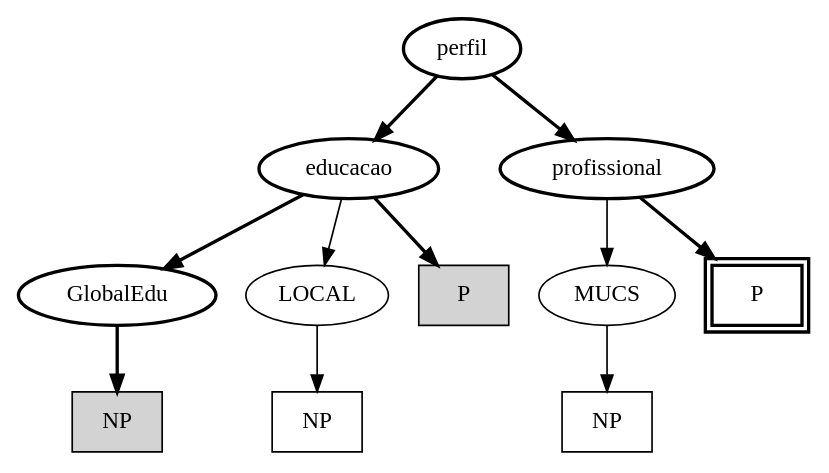
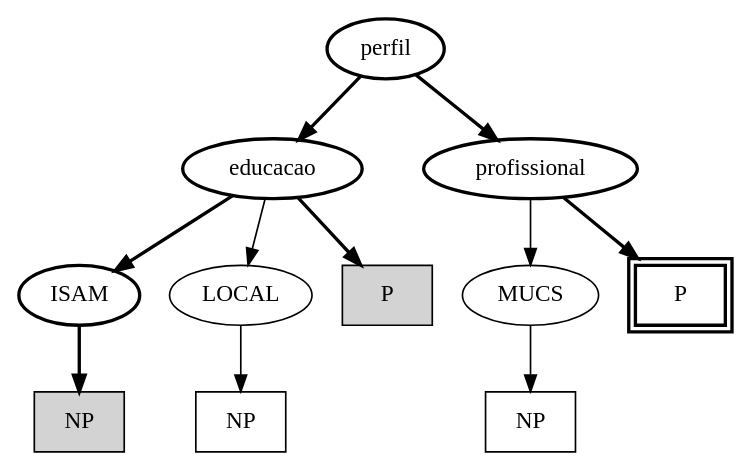
The diagram in academia/artigos/profiles/ideia/acesso.dot (andrenho/andrenho), drawn with Graphviz before and after one commit. The commit also changed 4 other files, not shown here.

```diff
--- a/academia/artigos/profiles/ideia/acesso.dot
+++ b/academia/artigos/profiles/ideia/acesso.dot
@@ -1,28 +1,28 @@
 digraph Perfil {
 
     perfil [style=bold];
     educacao [style=bold];
     profissional [style=bold];
-    GlobalEdu [style=bold];
+    ISAM [style=bold];
 
     perfil -> educacao [style=bold];
     perfil -> profissional [style=bold];
 
-    educacao -> GlobalEdu [style=bold];
+    educacao -> ISAM [style=bold];
     educacao -> LOCAL;
     profissional -> MUCS;
 
     educacao -> P1 [style=bold];
     profissional -> P2 [style=bold];
 
-    GlobalEdu -> NP1 [style=bold];
+    ISAM -> NP1 [style=bold];
     LOCAL -> NP2;
     MUCS -> NP3;
     
     P1 [label="P", shape=box, style=bold, style=filled];
     NP1 [label="NP", shape=box, style=bold, style=filled];
     P2 [label="P", shape=box, style=bold, peripheries=2];
     NP2 [label="NP", shape=box];
     NP3 [label="NP", shape=box];
 
 }
```
